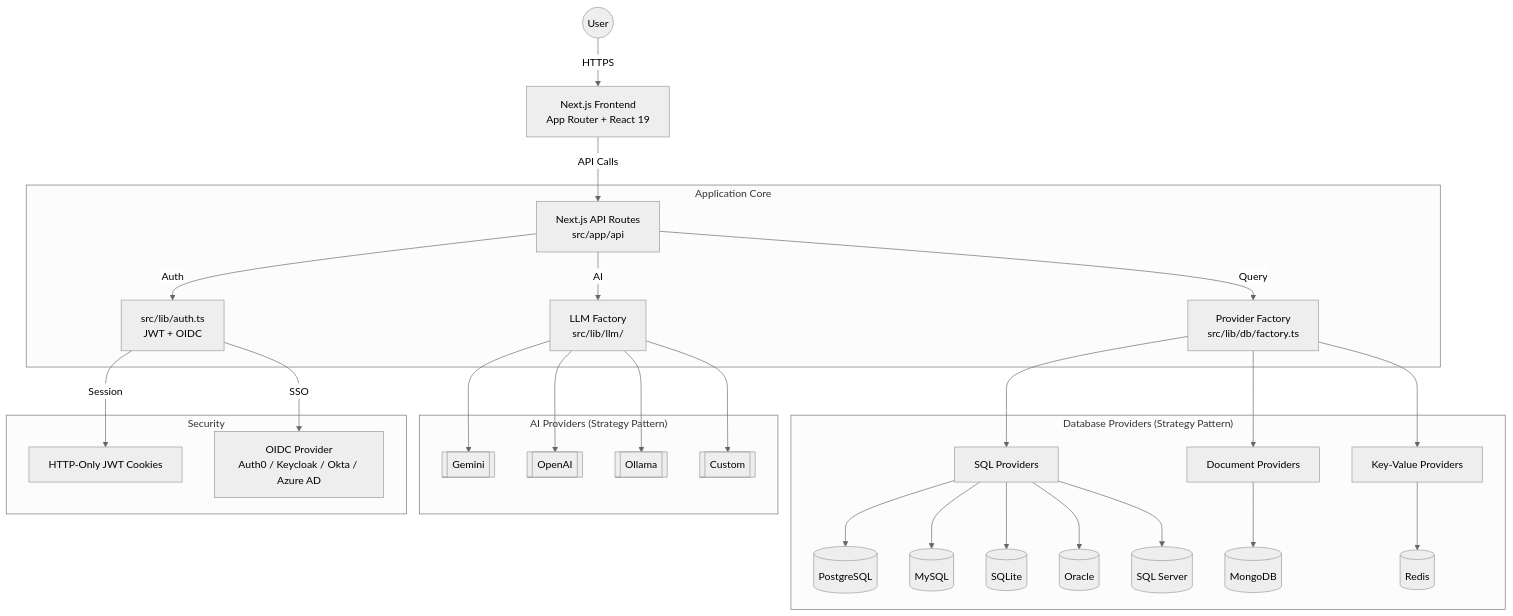
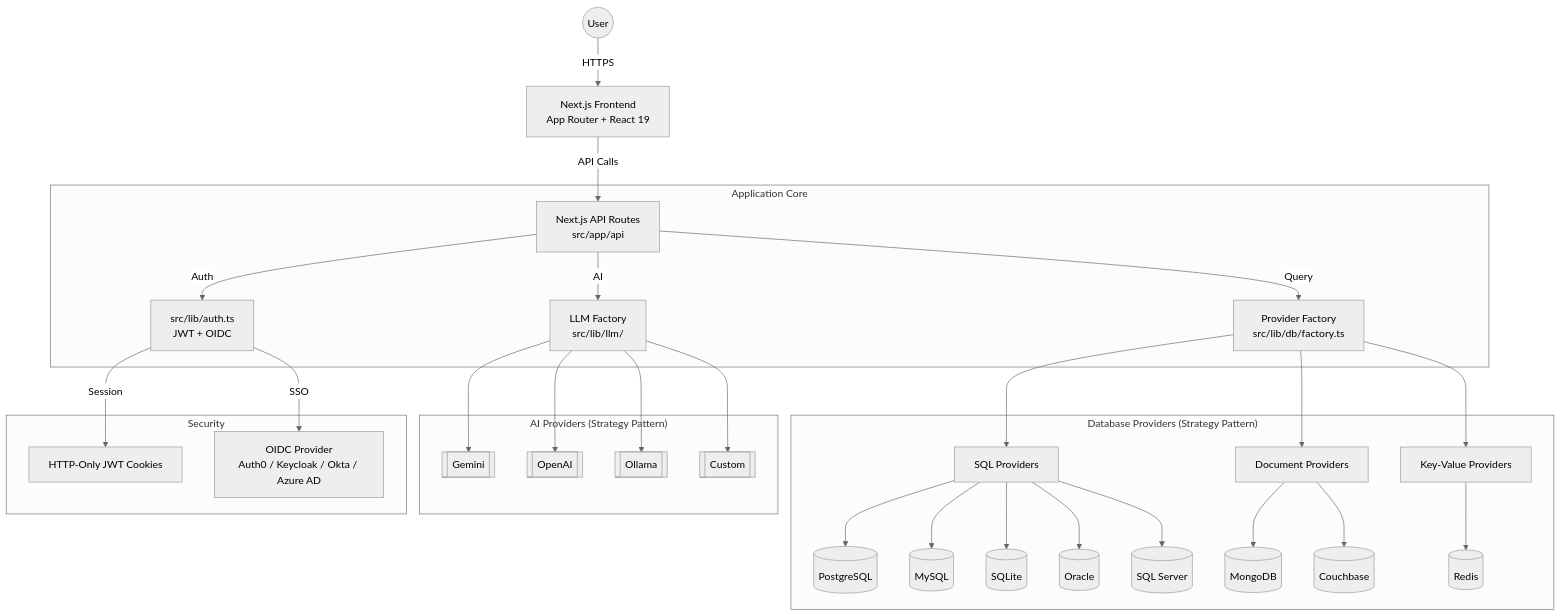
Before and after one commit to CrazyForks/libredb-studio: the first of 3 diagrams in docs/ARCHITECTURE.md, drawn with Mermaid (neutral theme). The commit also changed other lines of this file and 39 other files, not shown here.

````diff
--- a/docs/ARCHITECTURE.md
+++ b/docs/ARCHITECTURE.md
@@ -29,37 +29,38 @@
 ```mermaid
 graph TD
     User((User)) -->|HTTPS| Frontend[Next.js Frontend<br/>App Router + React 19]
     Frontend -->|API Calls| API[Next.js API Routes<br/>src/app/api]
 
     subgraph "Application Core"
         API -->|Auth| AuthLib[src/lib/auth.ts<br/>JWT + OIDC]
         API -->|Query| DBFactory[Provider Factory<br/>src/lib/db/factory.ts]
         API -->|AI| LLMFactory[LLM Factory<br/>src/lib/llm/]
     end
 
     subgraph "Database Providers (Strategy Pattern)"
         DBFactory --> SQL[SQL Providers]
         DBFactory --> Document[Document Providers]
         DBFactory --> KeyValue[Key-Value Providers]
 
         SQL --> PG[(PostgreSQL)]
         SQL --> MySQL[(MySQL)]
         SQL --> SQLite[(SQLite)]
         SQL --> Oracle[(Oracle)]
         SQL --> MSSQL[(SQL Server)]
         Document --> MongoDB[(MongoDB)]
+        Document --> Couchbase[(Couchbase)]
         KeyValue --> Redis[(Redis)]
     end
 
     subgraph "AI Providers (Strategy Pattern)"
         LLMFactory --> Gemini[[Gemini]]
         LLMFactory --> OpenAI[[OpenAI]]
         LLMFactory --> Ollama[[Ollama]]
         LLMFactory --> CustomLLM[[Custom]]
     end
 
     subgraph "Security"
         AuthLib -->|Session| JWT[HTTP-Only JWT Cookies]
         AuthLib -->|SSO| OIDC[OIDC Provider<br/>Auth0 / Keycloak / Okta / Azure AD]
     end
 ```
````
